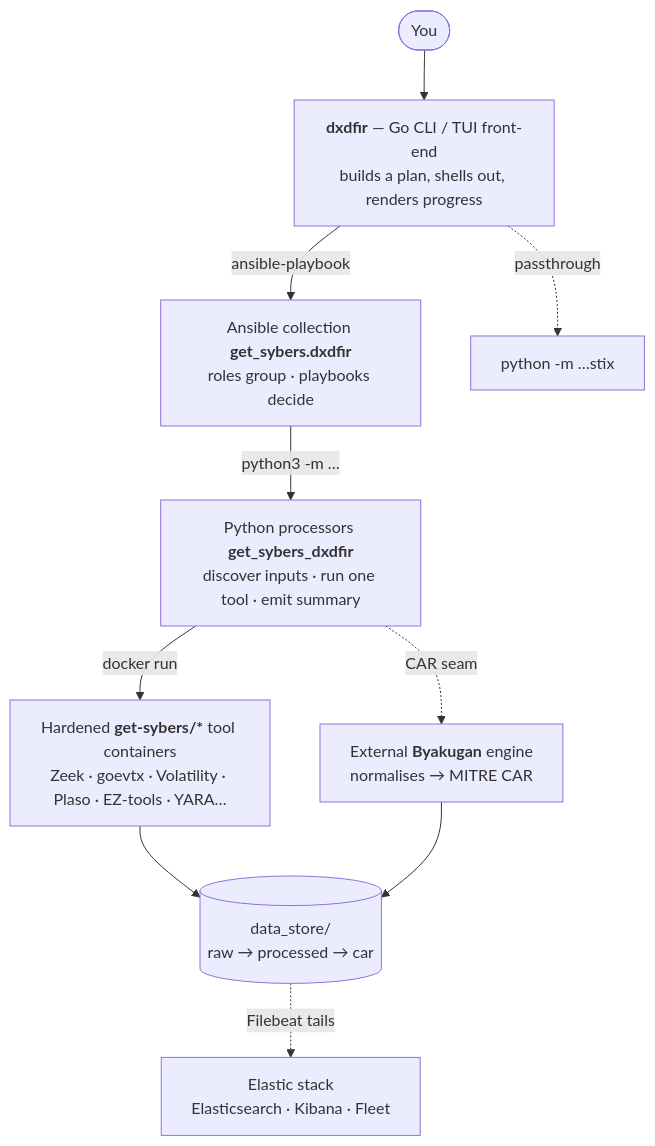
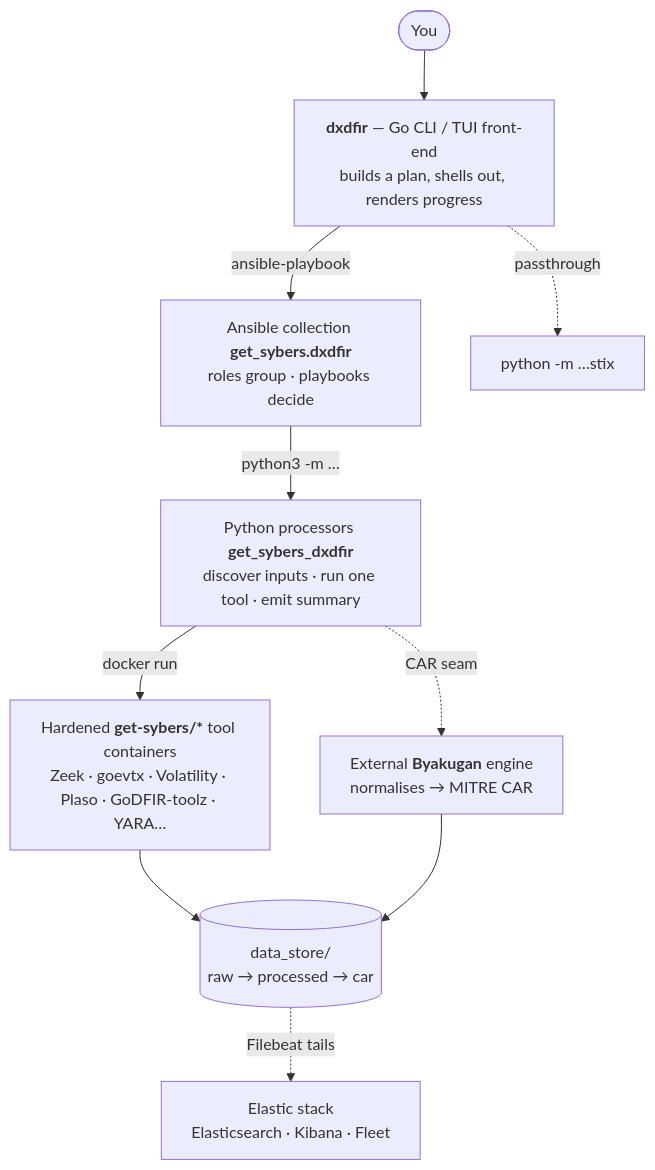
Before and after one commit to Get-Sybers/DX_DFIR: the diagram in docs/architecture/README.md, drawn with Mermaid. The commit also changed 46 other files, not shown here.

````diff
--- a/docs/architecture/README.md
+++ b/docs/architecture/README.md
@@ -10,12 +10,12 @@
 ```mermaid
 flowchart TD
     U([You]) --> CLI["<b>dxdfir</b> — Go CLI / TUI front-end<br/>builds a plan, shells out, renders progress"]
     CLI -->|ansible-playbook| ANS["Ansible collection <b>get_sybers.dxdfir</b><br/>roles group · playbooks decide"]
     CLI -.->|passthrough| STIX["python -m …stix"]
     ANS -->|python3 -m …| PY["Python processors <b>get_sybers_dxdfir</b><br/>discover inputs · run one tool · emit summary"]
-    PY -->|docker run| DK["Hardened <b>get-sybers/*</b> tool containers<br/>Zeek · goevtx · Volatility · Plaso · EZ-tools · YARA…"]
+    PY -->|docker run| DK["Hardened <b>get-sybers/*</b> tool containers<br/>Zeek · goevtx · Volatility · Plaso · GoDFIR-toolz · YARA…"]
     PY -.->|CAR seam| BYA["External <b>Byakugan</b> engine<br/>normalises → MITRE CAR"]
     DK --> FS[("data_store/<br/>raw → processed → car")]
     BYA --> FS
     FS -.->|Filebeat tails| ES["Elastic stack<br/>Elasticsearch · Kibana · Fleet"]
 ```
````
